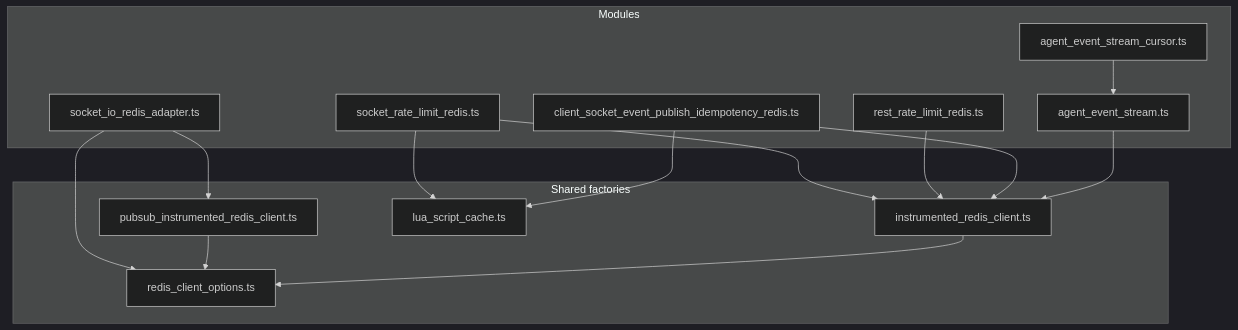
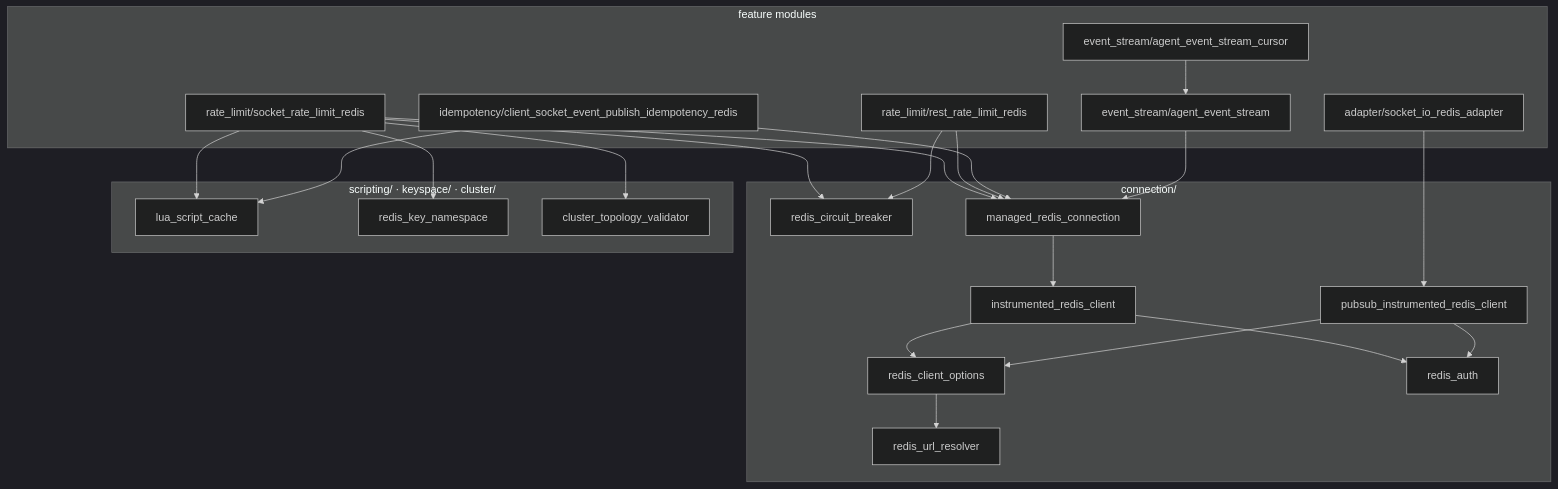
The first of 2 diagrams in src/infrastructure/redis/README.md (cesar-carlos/plug_server), drawn with Mermaid (dark theme) before and after one commit. The commit also changed other lines of this file and 46 other files, not shown here.

First line of the commit message:
refactor(redis): organiza modulos em subpastas por responsabilidade + commit+release atomico da idempotency

````diff
--- a/src/infrastructure/redis/README.md
+++ b/src/infrastructure/redis/README.md
@@ -8,30 +21,44 @@
 ```mermaid
 flowchart TB
-    subgraph factories [Shared factories]
-        InstrFactory[instrumented_redis_client.ts]
-        PubSubFactory[pubsub_instrumented_redis_client.ts]
-        ResilientOpts[redis_client_options.ts]
-        ScriptCache[lua_script_cache.ts]
+    subgraph connection [connection/]
+        InstrFactory[instrumented_redis_client]
+        PubSubFactory[pubsub_instrumented_redis_client]
+        ResilientOpts[redis_client_options]
+        UrlResolver[redis_url_resolver]
+        Auth[redis_auth]
+        Circuit[redis_circuit_breaker]
+        Managed[managed_redis_connection]
     end
-
-    subgraph modules [Modules]
-        Adapter[socket_io_redis_adapter.ts]
-        SocketRl[socket_rate_limit_redis.ts]
-        RestRl[rest_rate_limit_redis.ts]
-        Idem[client_socket_event_publish_idempotency_redis.ts]
-        Stream[agent_event_stream.ts]
-        Cursor[agent_event_stream_cursor.ts]
+    subgraph support [scripting/ · keyspace/ · cluster/]
+        ScriptCache[lua_script_cache]
+        KeyNs[redis_key_namespace]
+        Cluster[cluster_topology_validator]
+    end
+    subgraph modules [feature modules]
+        Adapter[adapter/socket_io_redis_adapter]
+        SocketRl[rate_limit/socket_rate_limit_redis]
+        RestRl[rate_limit/rest_rate_limit_redis]
+        Idem[idempotency/client_socket_event_publish_idempotency_redis]
+        Stream[event_stream/agent_event_stream]
+        Cursor[event_stream/agent_event_stream_cursor]
     end
 
     Adapter --> PubSubFactory
-    Adapter --> ResilientOpts
-    SocketRl --> InstrFactory
+    SocketRl --> Managed
     SocketRl --> ScriptCache
-    RestRl --> InstrFactory
-    Idem --> InstrFactory
+    RestRl --> Managed
+    Idem --> Managed
     Idem --> ScriptCache
-    Stream --> InstrFactory
+    Stream --> Managed
     Cursor --> Stream
+    Managed --> InstrFactory
+    InstrFactory --> ResilientOpts
+    InstrFactory --> Auth
     PubSubFactory --> ResilientOpts
-    InstrFactory --> ResilientOpts
+    PubSubFactory --> Auth
+    ResilientOpts --> UrlResolver
+    SocketRl --> Circuit
+    RestRl --> Circuit
+    SocketRl --> KeyNs
+    SocketRl --> Cluster
 ```
````
